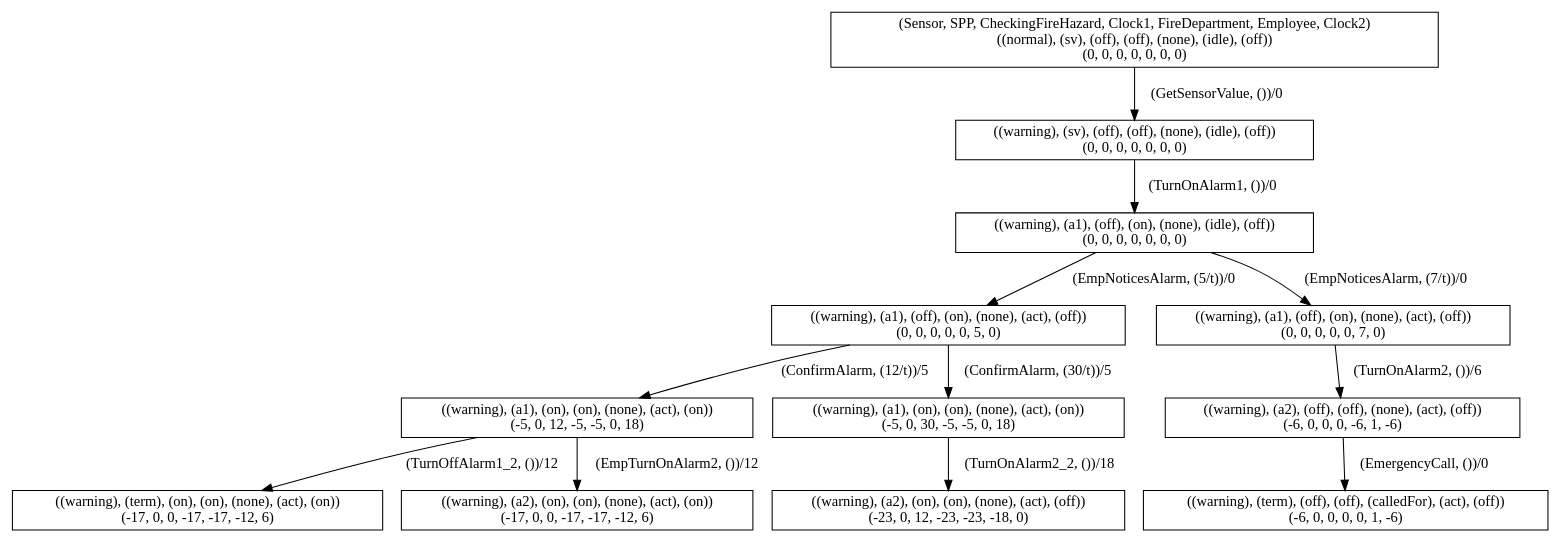
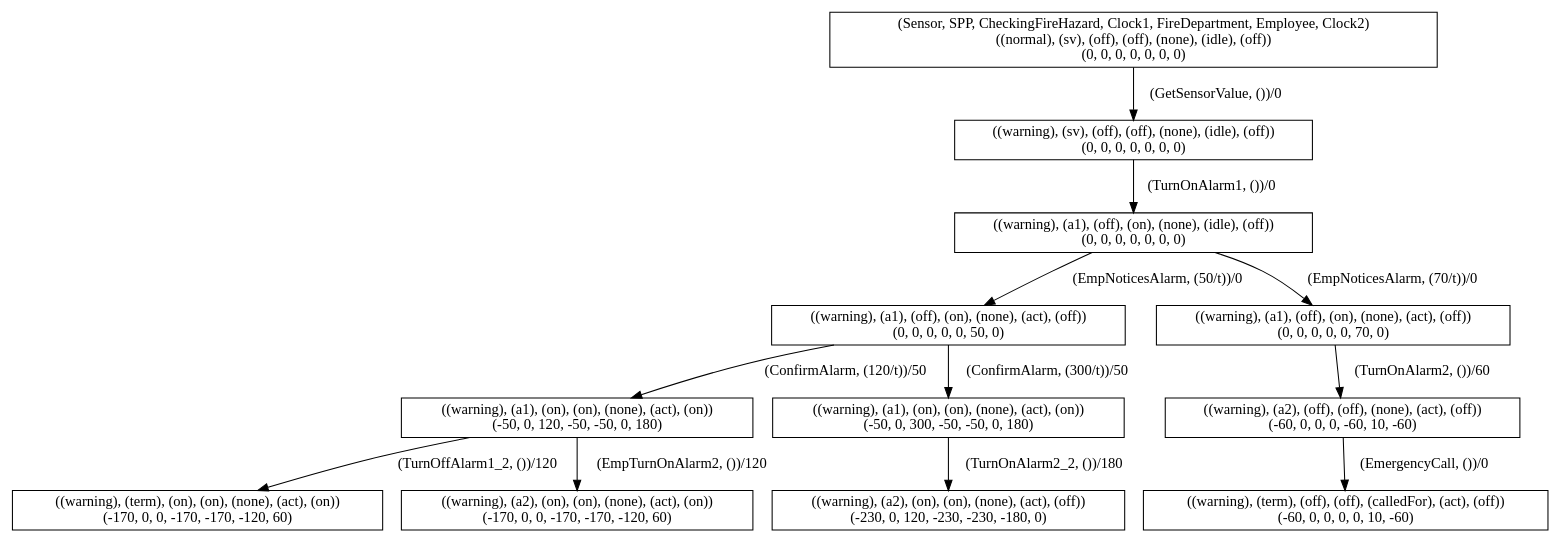
Before and after one commit to jjbiernacki/PetriNet2ModelChecker: the diagram in PetriNet2NuSMV Release/przyklady rtcp/spp_v1.dot, drawn with Graphviz. The commit also changed 19 other files, not shown here.

```diff
--- a/PetriNet2NuSMV Release/przyklady rtcp/spp_v1.dot
+++ b/PetriNet2NuSMV Release/przyklady rtcp/spp_v1.dot
@@ -1,26 +1,26 @@
 digraph G {
 	rankdir=TB;
 	0 [label = "(Sensor, SPP, CheckingFireHazard, Clock1, FireDepartment, Employee, Clock2)\n((normal), (sv), (off), (off), (none), (idle), (off))\n(0, 0, 0, 0, 0, 0, 0)" shape=box];
 	1 [label = "((warning), (sv), (off), (off), (none), (idle), (off))\n(0, 0, 0, 0, 0, 0, 0)" shape=box];
 	2 [label = "((warning), (a1), (off), (on), (none), (idle), (off))\n(0, 0, 0, 0, 0, 0, 0)" shape=box];
-	3 [label = "((warning), (a1), (off), (on), (none), (act), (off))\n(0, 0, 0, 0, 0, 5, 0)" shape=box];
-	4 [label = "((warning), (a1), (off), (on), (none), (act), (off))\n(0, 0, 0, 0, 0, 7, 0)" shape=box];
-	5 [label = "((warning), (a1), (on), (on), (none), (act), (on))\n(-5, 0, 12, -5, -5, 0, 18)" shape=box];
-	6 [label = "((warning), (a1), (on), (on), (none), (act), (on))\n(-5, 0, 30, -5, -5, 0, 18)" shape=box];
-	7 [label = "((warning), (a2), (off), (off), (none), (act), (off))\n(-6, 0, 0, 0, -6, 1, -6)" shape=box];
-	8 [label = "((warning), (term), (on), (on), (none), (act), (on))\n(-17, 0, 0, -17, -17, -12, 6)" shape=box];
-	9 [label = "((warning), (a2), (on), (on), (none), (act), (on))\n(-17, 0, 0, -17, -17, -12, 6)" shape=box];
-	10 [label = "((warning), (a2), (on), (on), (none), (act), (off))\n(-23, 0, 12, -23, -23, -18, 0)" shape=box];
-	11 [label = "((warning), (term), (off), (off), (calledFor), (act), (off))\n(-6, 0, 0, 0, 0, 1, -6)" shape=box];
+	3 [label = "((warning), (a1), (off), (on), (none), (act), (off))\n(0, 0, 0, 0, 0, 50, 0)" shape=box];
+	4 [label = "((warning), (a1), (off), (on), (none), (act), (off))\n(0, 0, 0, 0, 0, 70, 0)" shape=box];
+	5 [label = "((warning), (a1), (on), (on), (none), (act), (on))\n(-50, 0, 120, -50, -50, 0, 180)" shape=box];
+	6 [label = "((warning), (a1), (on), (on), (none), (act), (on))\n(-50, 0, 300, -50, -50, 0, 180)" shape=box];
+	7 [label = "((warning), (a2), (off), (off), (none), (act), (off))\n(-60, 0, 0, 0, -60, 10, -60)" shape=box];
+	8 [label = "((warning), (term), (on), (on), (none), (act), (on))\n(-170, 0, 0, -170, -170, -120, 60)" shape=box];
+	9 [label = "((warning), (a2), (on), (on), (none), (act), (on))\n(-170, 0, 0, -170, -170, -120, 60)" shape=box];
+	10 [label = "((warning), (a2), (on), (on), (none), (act), (off))\n(-230, 0, 120, -230, -230, -180, 0)" shape=box];
+	11 [label = "((warning), (term), (off), (off), (calledFor), (act), (off))\n(-60, 0, 0, 0, 0, 10, -60)" shape=box];
 	0 -> 1 [label = "(GetSensorValue, ())/0"];
 	1 -> 2 [label = "(TurnOnAlarm1, ())/0"];
-	2 -> 3 [label = "(EmpNoticesAlarm, (5/t))/0"];
-	2 -> 4 [label = "(EmpNoticesAlarm, (7/t))/0"];
-	3 -> 5 [label = "(ConfirmAlarm, (12/t))/5"];
-	3 -> 6 [label = "(ConfirmAlarm, (30/t))/5"];
-	4 -> 7 [label = "(TurnOnAlarm2, ())/6"];
-	5 -> 8 [label = "(TurnOffAlarm1_2, ())/12"];
-	5 -> 9 [label = "(EmpTurnOnAlarm2, ())/12"];
-	6 -> 10 [label = "(TurnOnAlarm2_2, ())/18"];
+	2 -> 3 [label = "(EmpNoticesAlarm, (50/t))/0"];
+	2 -> 4 [label = "(EmpNoticesAlarm, (70/t))/0"];
+	3 -> 5 [label = "(ConfirmAlarm, (120/t))/50"];
+	3 -> 6 [label = "(ConfirmAlarm, (300/t))/50"];
+	4 -> 7 [label = "(TurnOnAlarm2, ())/60"];
+	5 -> 8 [label = "(TurnOffAlarm1_2, ())/120"];
+	5 -> 9 [label = "(EmpTurnOnAlarm2, ())/120"];
+	6 -> 10 [label = "(TurnOnAlarm2_2, ())/180"];
 	7 -> 11 [label = "(EmergencyCall, ())/0"];
 }
```
